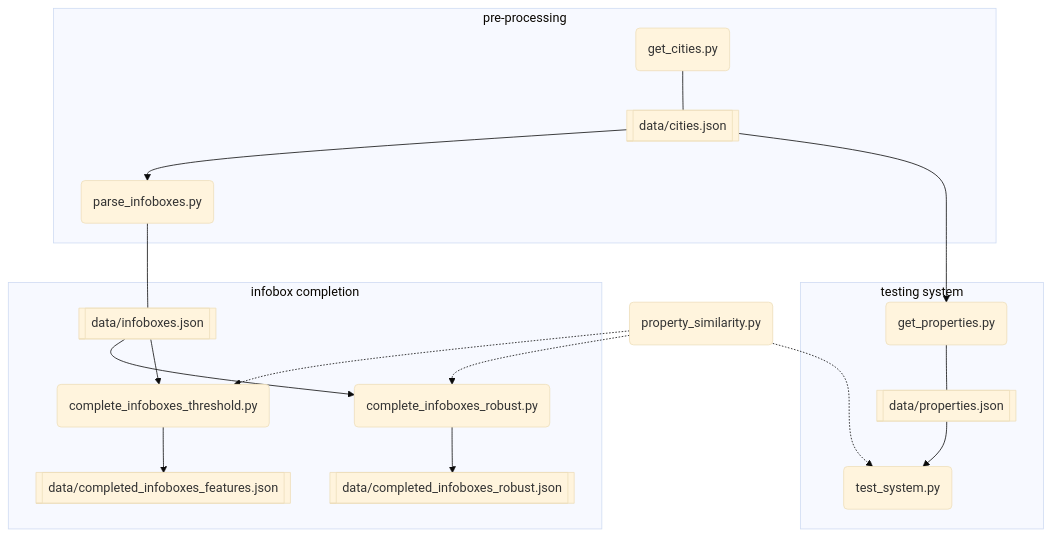
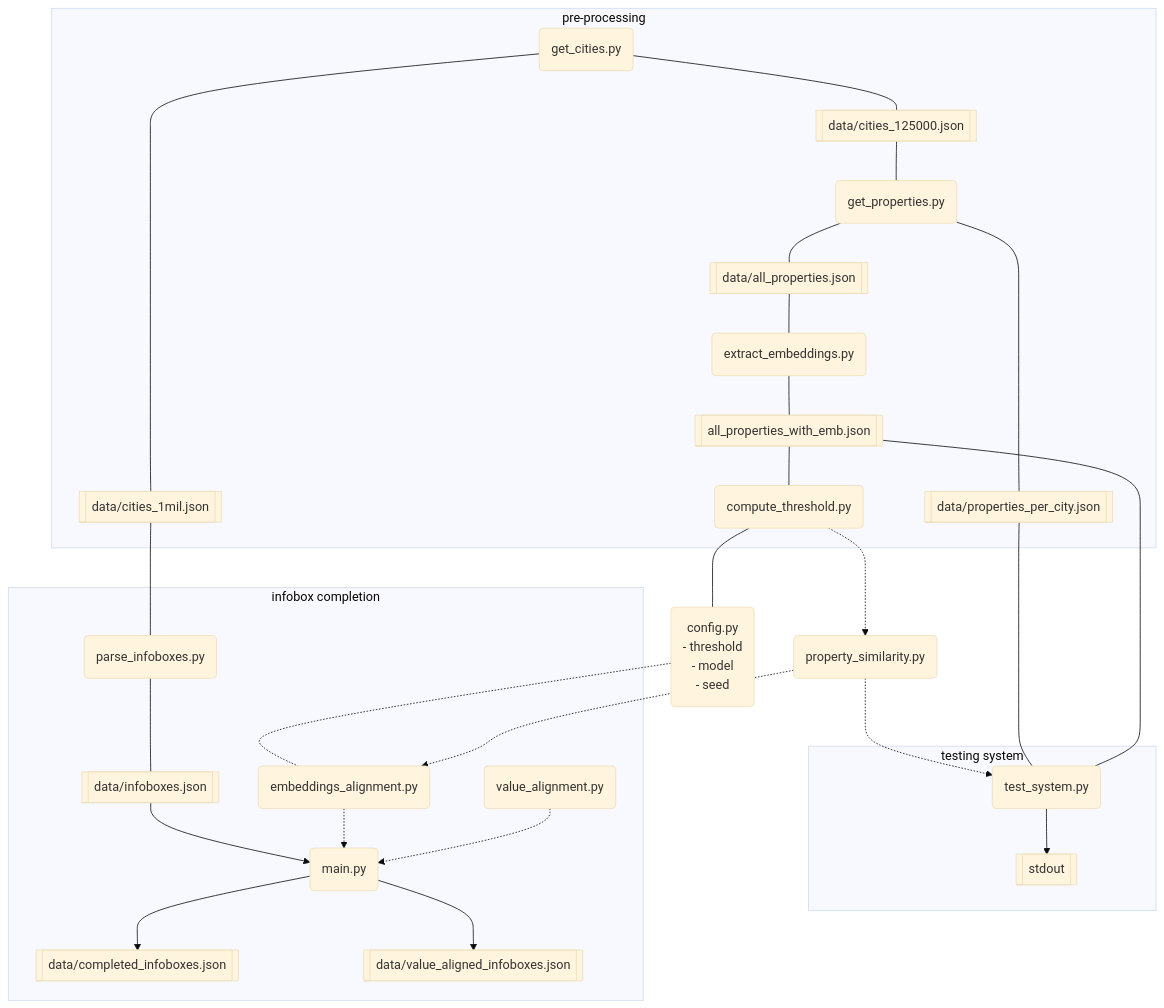
Before and after one commit to bbjoverbeek/Wiki-Infobox-Completion: the diagram in README.md, drawn with Mermaid (base theme).

Commit message:
Update graph of README

````diff
--- a/README.md
+++ b/README.md
@@ -5,22 +5,34 @@
 ```mermaid
 flowchart TD
+
+
     subgraph pre-processing
-        A(get_cities.py) --- R[[data/cities.json]] --> B(parse_infoboxes.py)
+        A(get_cities.py) --- R[[data/cities_125000.json]] 
+        A --- S[[data/cities_1mil.json]]
+        R --- D(get_properties.py) --- T[[data/all_properties.json]] 
+        D --- U[[data/properties_per_city.json]] 
+        T --- E(extract_embeddings.py) --- V[[all_properties_with_emb.json]]
+        V --- F(compute_threshold.py)
+        
     end
+    
+    F --- Config("config.py\n  - threshold\n  - model\n  - seed")
+    Config -.- G
 
-    C(property_similarity.py) -.-> E & F & G
+    F -.-> C(property_similarity.py) -.-> G & Z
 
     subgraph testing system
-        R---> D
-        D(get_properties.py) --- S[[data/properties.json]] --> E(test_system.py)
+        U & V --- Z(test_system.py) --> '[[stdout]]
     end
 
     subgraph infobox completion
-        B --- T[["data/infoboxes.json"]]--> G & F
-        G(complete_infoboxes_robust.py)
-        F(complete_infoboxes_threshold.py)
-        G--> V[[data/completed_infoboxes_robust.json]]
-        F--> U[[data/completed_infoboxes_features.json]]
+        S --- B(parse_infoboxes.py)
+        B --- W[["data/infoboxes.json"]]--> I
+        I(main.py)
+        G(embeddings_alignment.py) -.-> I
+        H(value_alignment.py) -.-> I
+        I--> X[[data/completed_infoboxes.json]]
+        I--> Y[[data/value_aligned_infoboxes.json]]
     end
 
 ```
````
